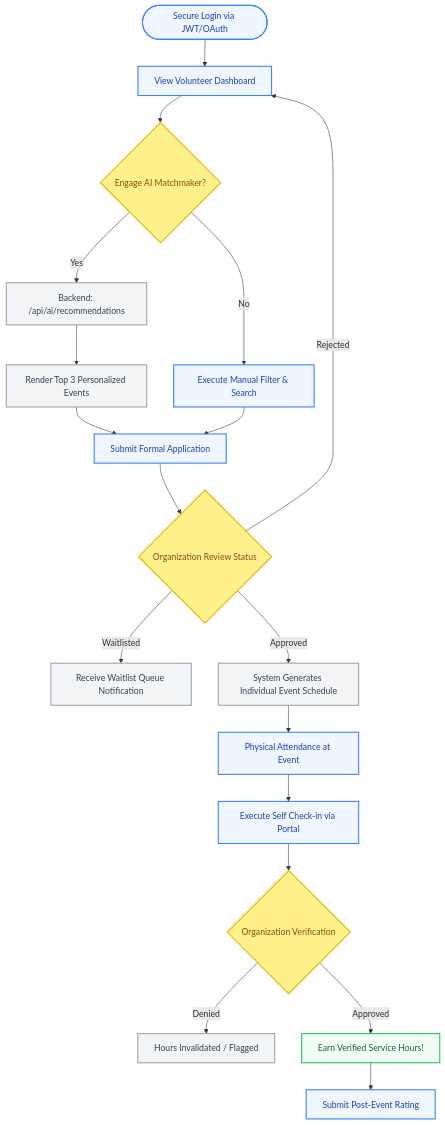
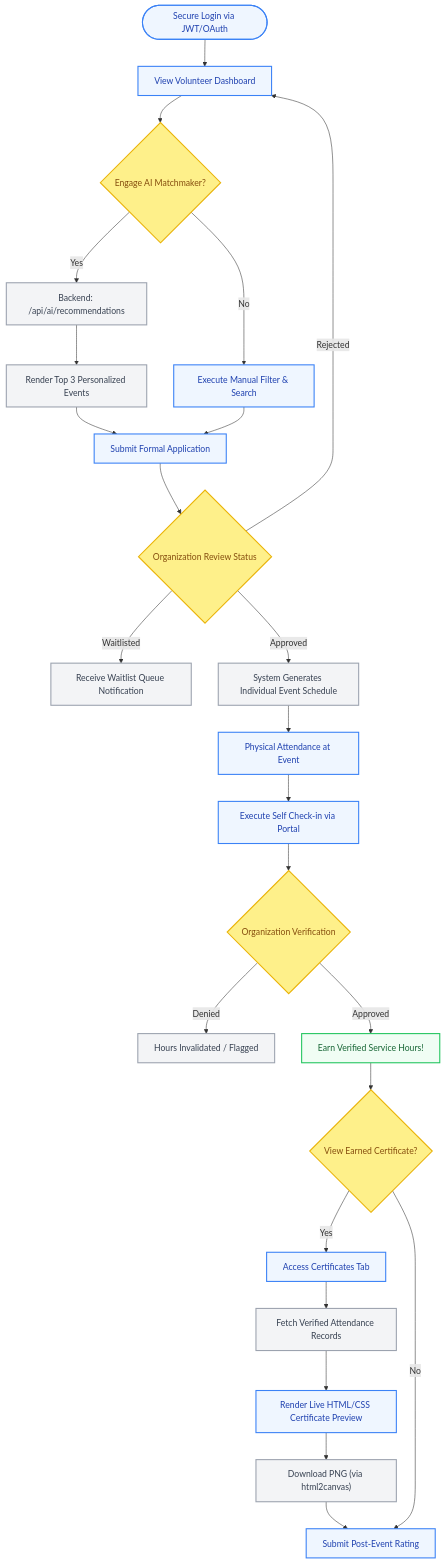
Before and after one commit to Anjanikumarkarlapati/volunteersystem: the first of 3 diagrams in Volunteer_Management_System_Flowcharts_Detailed.md, drawn with Mermaid. The commit also changed other lines of this file and 4 other files, not shown here.

Commit message:
docs: update readmes, flowcharts, and AI use cases to document certificates and admin AI reports

````diff
--- a/Volunteer_Management_System_Flowcharts_Detailed.md
+++ b/Volunteer_Management_System_Flowcharts_Detailed.md
@@ -29,36 +29,43 @@
 ```mermaid
 flowchart TD
     classDef userAction fill:#eff6ff,stroke:#3b82f6,stroke-width:2px,color:#1e40af
     classDef systemAction fill:#f3f4f6,stroke:#9ca3af,stroke-width:2px,color:#374151
     classDef decision fill:#fef08a,stroke:#eab308,stroke-width:2px,color:#854d0e
     classDef success fill:#f0fdf4,stroke:#22c55e,stroke-width:2px,color:#166534
 
     Start(["Secure Login via JWT/OAuth"]) --> Dashboard["View Volunteer Dashboard"]
     Dashboard --> AI_Match{"Engage AI Matchmaker?"}
 
     AI_Match -- Yes --> AI_Endpoint["Backend: /api/ai/recommendations"]
     AI_Endpoint --> AI_Display["Render Top 3 Personalized Events"]
     AI_Display --> Apply["Submit Formal Application"]
 
     AI_Match -- No --> Discover["Execute Manual Filter & Search"]
     Discover --> Apply
 
     Apply --> Wait{"Organization Review Status"}
     Wait -- Rejected --> Dashboard
     Wait -- Waitlisted --> Notification["Receive Waitlist Queue Notification"]
     Wait -- Approved --> AutoSchedule["System Generates Individual Event Schedule"]
 
     AutoSchedule --> Attend["Physical Attendance at Event"]
     Attend --> CheckIn["Execute Self Check-in via Portal"]
     CheckIn --> OrgVerify{"Organization Verification"}
 
     OrgVerify -- Denied --> Dispute["Hours Invalidated / Flagged"]
     OrgVerify -- Approved --> HoursCredit["Earn Verified Service Hours!"]
 
-    HoursCredit --> Feedback["Submit Post-Event Rating"]
+    HoursCredit --> CertCheck{"View Earned Certificate?"}
+    CertCheck -- Yes --> ViewCertPage["Access Certificates Tab"]
+    ViewCertPage --> FetchVerified["Fetch Verified Attendance Records"]
+    FetchVerified --> PreviewCert["Render Live HTML/CSS Certificate Preview"]
+    PreviewCert --> DownloadCert["Download PNG (via html2canvas)"]
+    DownloadCert --> Feedback["Submit Post-Event Rating"]
 
-    class Start,Dashboard,Apply,Discover,Attend,CheckIn,Feedback userAction
-    class AI_Endpoint,AI_Display,Notification,AutoSchedule,Dispute systemAction
-    class AI_Match,Wait,OrgVerify decision
+    CertCheck -- No --> Feedback
+
+    class Start,Dashboard,Apply,Discover,Attend,CheckIn,ViewCertPage,PreviewCert,Feedback userAction
+    class AI_Endpoint,AI_Display,Notification,AutoSchedule,Dispute,FetchVerified,DownloadCert systemAction
+    class AI_Match,Wait,OrgVerify,CertCheck decision
     class HoursCredit success
 ```
````
